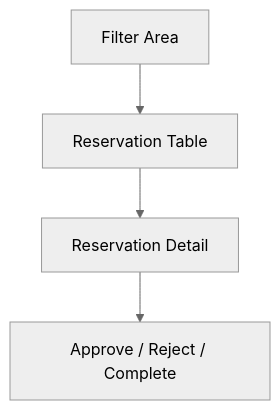
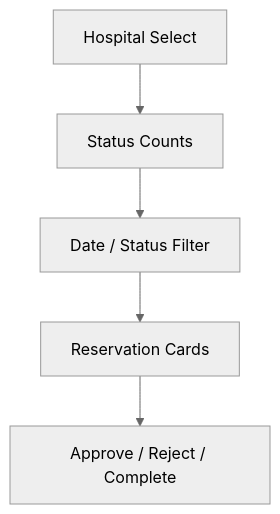
The eighth of 8 diagrams in docs/05_Screen_Design 362d097bd4f7806e9e80cf6e5a3f5020.md (hanyeong0815/daipetto), drawn with Mermaid (neutral theme) before and after one commit. The commit also changed other lines of this file and 93 other files, not shown here.

First line of the commit message:
feat(hospital): hospital_admins affiliation, admin reservation list, SC-013/SC-014 on real APIs

````diff
--- a/docs/05_Screen_Design 362d097bd4f7806e9e80cf6e5a3f5020.md
+++ b/docs/05_Screen_Design 362d097bd4f7806e9e80cf6e5a3f5020.md
@@ -711,13 +714,15 @@
 ```mermaid
 flowchart TB
 
-	FILTER["Filter Area"]
+	HOSPITAL["Hospital Select"]
 
-	LIST["Reservation Table"]
+	STATS["Status Counts"]
 
-	DETAIL["Reservation Detail"]
+	FILTER["Date / Status Filter"]
+
+	LIST["Reservation Cards"]
 
 	ACTION["Approve / Reject / Complete"]
 
-	FILTER --> LIST --> DETAIL --> ACTION
+	HOSPITAL --> STATS --> FILTER --> LIST --> ACTION
 ```
````
